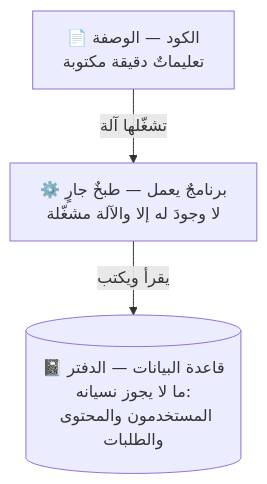
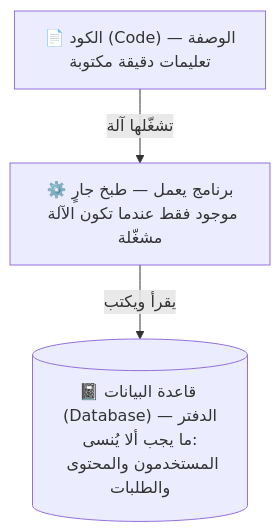
The third of 7 diagrams in modules/00-foundations/foundations.ar.md (Tamoura/system-design-for-vibe-coders), drawn with Mermaid before and after one commit. The commit also changed other lines of this file and 5 other files, not shown here.

````diff
--- a/modules/00-foundations/foundations.ar.md
+++ b/modules/00-foundations/foundations.ar.md
@@ -101,5 +102,5 @@
 ```mermaid
 flowchart TD
-    CODE["📄 الكود — الوصفة<br/>تعليماتٌ دقيقة مكتوبة"] -->|"تشغّلها آلة"| PROC["⚙️ برنامجٌ يعمل — طبخٌ جارٍ<br/>لا وجودَ له إلا والآلة مشغّلة"]
-    PROC -->|"يقرأ ويكتب"| DB[("📓 قاعدة البيانات — الدفتر<br/>ما لا يجوز نسيانه:<br/>المستخدمون والمحتوى والطلبات")]
+    CODE["📄 الكود (Code) — الوصفة<br/>تعليمات دقيقة مكتوبة"] -->|"تشغّلها آلة"| PROC["⚙️ برنامج يعمل — طبخ جارٍ<br/>موجود فقط عندما تكون الآلة مشغّلة"]
+    PROC -->|"يقرأ ويكتب"| DB[("📓 قاعدة البيانات (Database) — الدفتر<br/>ما يجب ألا يُنسى:<br/>المستخدمون والمحتوى والطلبات")]
 ```
````
